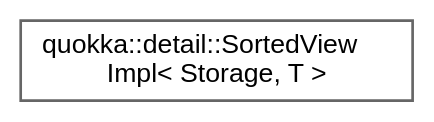
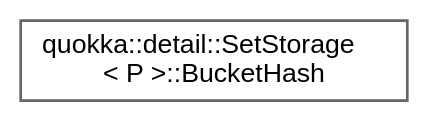
One commit to quarkslab/quokka changed the diagram in reference/cpp/inherit_graph_14.dot. Above: the diagram before and after it, drawn with Graphviz. The commit also changed 149 other files, not shown here.

```diff
--- a/reference/cpp/inherit_graph_14.dot
+++ b/reference/cpp/inherit_graph_14.dot
@@ -1,9 +1,9 @@
 digraph "Graphical Class Hierarchy"
 {
  // LATEX_PDF_SIZE
   bgcolor="transparent";
   edge [fontname=Helvetica,fontsize=10,labelfontname=Helvetica,labelfontsize=10];
   node [fontname=Helvetica,fontsize=10,shape=box,height=0.2,width=0.4];
   rankdir="LR";
-  Node0 [id="Node000000",label="quokka::detail::SortedView\lImpl\< Storage, T \>",height=0.2,width=0.4,color="grey40", fillcolor="white", style="filled",URL="$classquokka_1_1detail_1_1SortedViewImpl.html",tooltip=" "];
+  Node0 [id="Node000000",label="quokka::detail::SetStorage\l\< P \>::BucketHash",height=0.2,width=0.4,color="grey40", fillcolor="white", style="filled",URL="$structquokka_1_1detail_1_1SetStorage_1_1BucketHash.html",tooltip=" "];
 }
```
